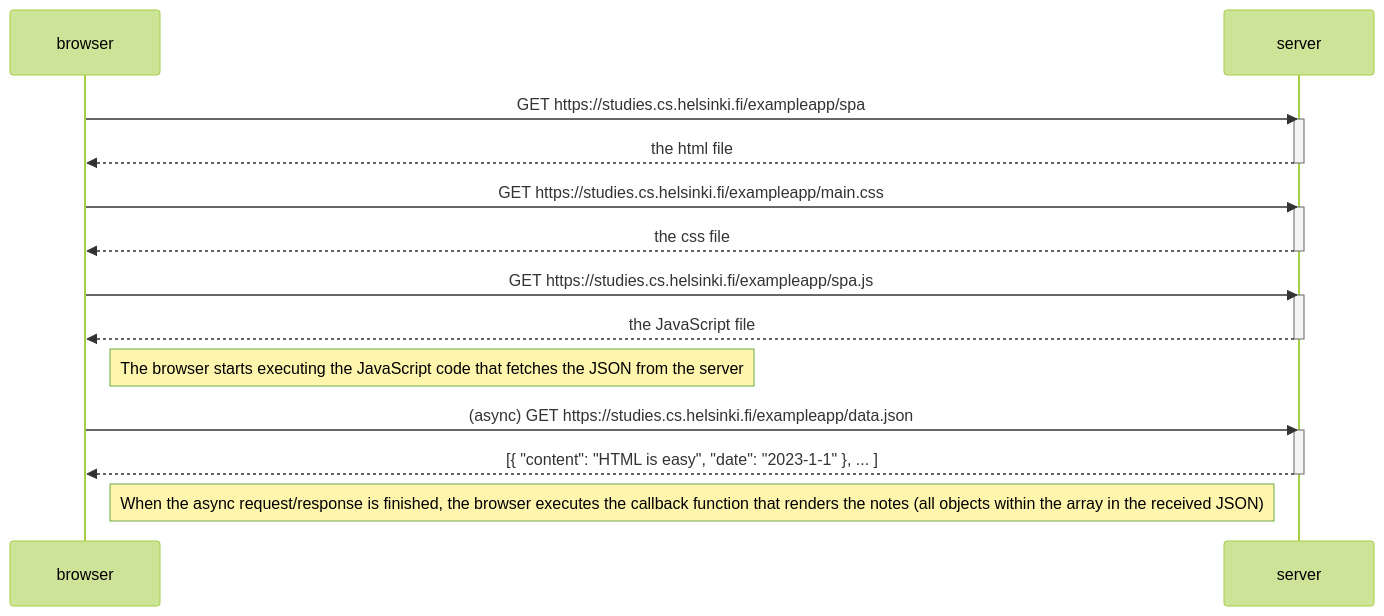
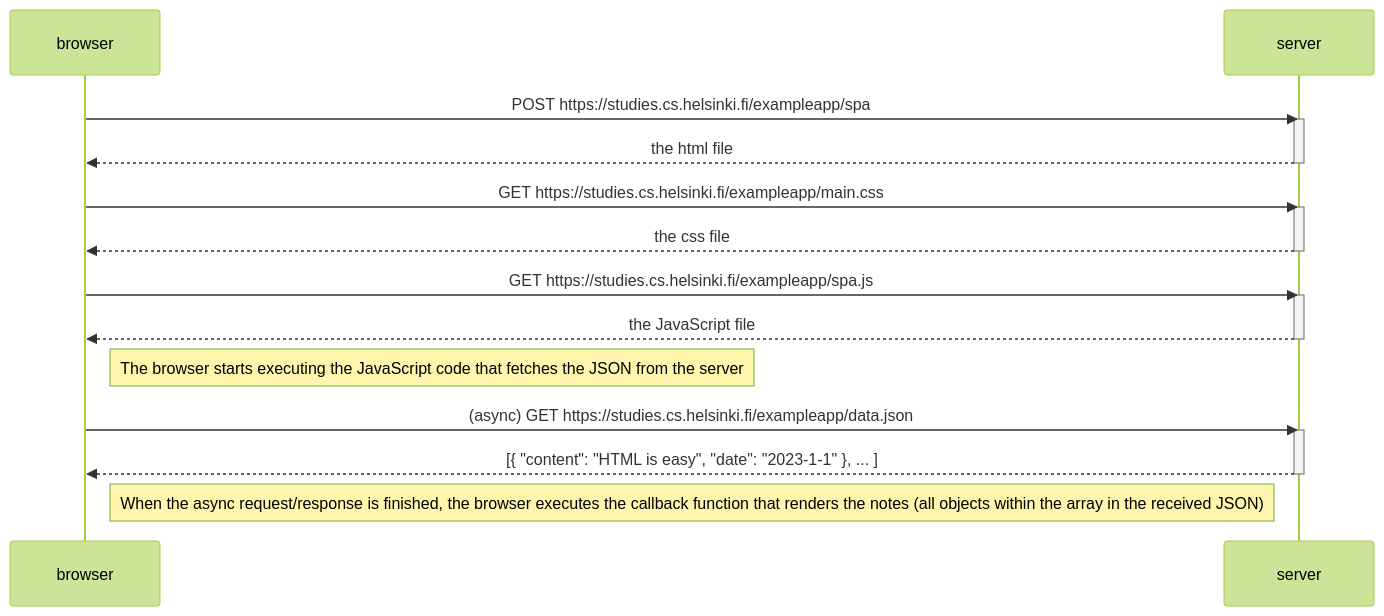
One commit to devluxor/full-stack-open changed the diagram in part0/0.5.md. Above: the diagram before and after it, drawn with Mermaid (forest theme). The commit also changed 1 other file, not shown here.

Commit message:
Submit ex 0.6

````diff
--- a/part0/0.5.md
+++ b/part0/0.5.md
@@ -2,29 +2,29 @@
 ```mermaid
 sequenceDiagram
     participant browser
     participant server
 
-    browser->>server: GET https://studies.cs.helsinki.fi/exampleapp/spa
+    browser->>server: POST https://studies.cs.helsinki.fi/exampleapp/spa
     activate server
     server-->>browser: the html file
     deactivate server
 
     browser->>server: GET https://studies.cs.helsinki.fi/exampleapp/main.css
     activate server
     server-->>browser: the css file
     deactivate server
 
     browser->>server: GET https://studies.cs.helsinki.fi/exampleapp/spa.js
     activate server
     server-->>browser: the JavaScript file
     deactivate server
 
     Note right of browser: The browser starts executing the JavaScript code that fetches the JSON from the server
 
     browser->>server: (async) GET https://studies.cs.helsinki.fi/exampleapp/data.json
     activate server
     server-->>browser: [{ "content": "HTML is easy", "date": "2023-1-1" }, ... ]
     deactivate server
 
     Note right of browser: When the async request/response is finished, the browser executes the callback function that renders the notes (all objects within the array in the received JSON)
 ```
````
